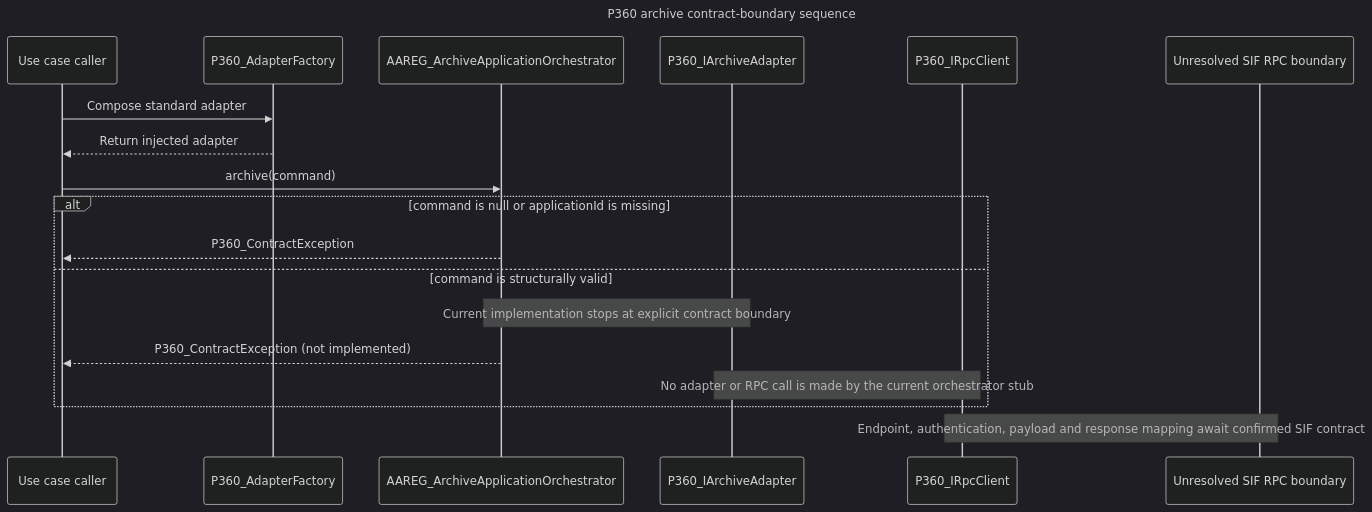
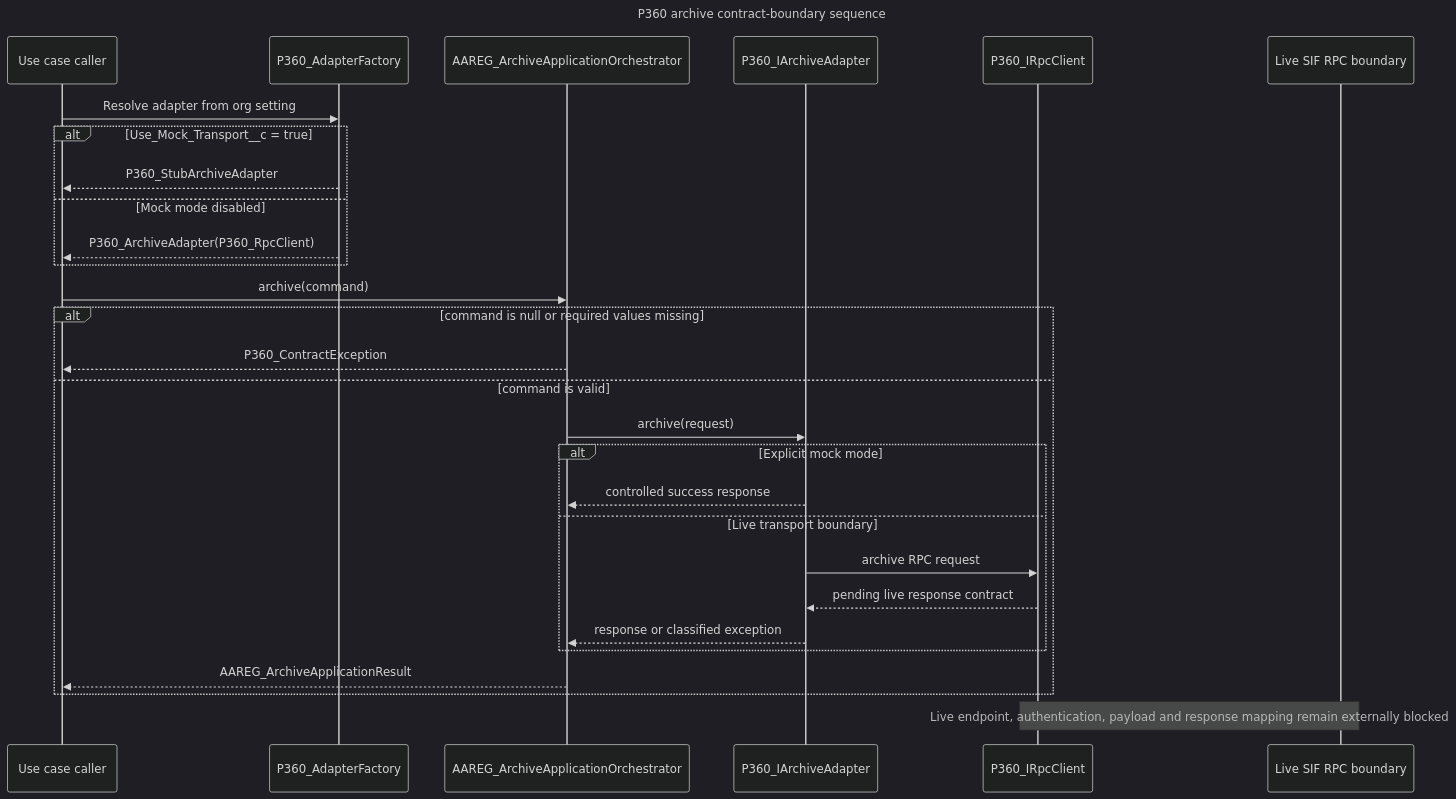
One commit to navikt/crm-arbeidsforhold changed the diagram in docs/architecture/p360-archive-sequence.mmd. Above: the diagram before and after it, drawn with Mermaid (dark theme). The commit also changed 12 other files, not shown here.

Commit message:
docs(p360): update architecture diagrams and add class diagram

```diff
--- a/docs/architecture/p360-archive-sequence.mmd
+++ b/docs/architecture/p360-archive-sequence.mmd
@@ -1,23 +1,33 @@
 ---
 title: P360 archive contract-boundary sequence
 ---
 sequenceDiagram
     participant Caller as Use case caller
     participant Factory as P360_AdapterFactory
     participant Orchestrator as AAREG_ArchiveApplicationOrchestrator
     participant Adapter as P360_IArchiveAdapter
     participant Client as P360_IRpcClient
-    participant Boundary as Unresolved SIF RPC boundary
+    participant Boundary as Live SIF RPC boundary
 
-    Caller->>Factory: Compose standard adapter
-    Factory-->>Caller: Return injected adapter
+    Caller->>Factory: Resolve adapter from org setting
+    alt Use_Mock_Transport__c = true
+        Factory-->>Caller: P360_StubArchiveAdapter
+    else Mock mode disabled
+        Factory-->>Caller: P360_ArchiveAdapter(P360_RpcClient)
+    end
     Caller->>Orchestrator: archive(command)
-    alt command is null or applicationId is missing
+    alt command is null or required values missing
         Orchestrator-->>Caller: P360_ContractException
-    else command is structurally valid
-        Note over Orchestrator,Adapter: Current implementation stops at explicit contract boundary
-        Orchestrator-->>Caller: P360_ContractException (not implemented)
-        Note over Adapter,Client: No adapter or RPC call is made by the current orchestrator stub
+    else command is valid
+        Orchestrator->>Adapter: archive(request)
+        alt Explicit mock mode
+            Adapter-->>Orchestrator: controlled success response
+        else Live transport boundary
+            Adapter->>Client: archive RPC request
+            Client-->>Adapter: pending live response contract
+            Adapter-->>Orchestrator: response or classified exception
+        end
+        Orchestrator-->>Caller: AAREG_ArchiveApplicationResult
     end
 
-    Note over Client,Boundary: Endpoint, authentication, payload and response mapping await confirmed SIF contract
+    Note over Client,Boundary: Live endpoint, authentication, payload and response mapping remain externally blocked
```
